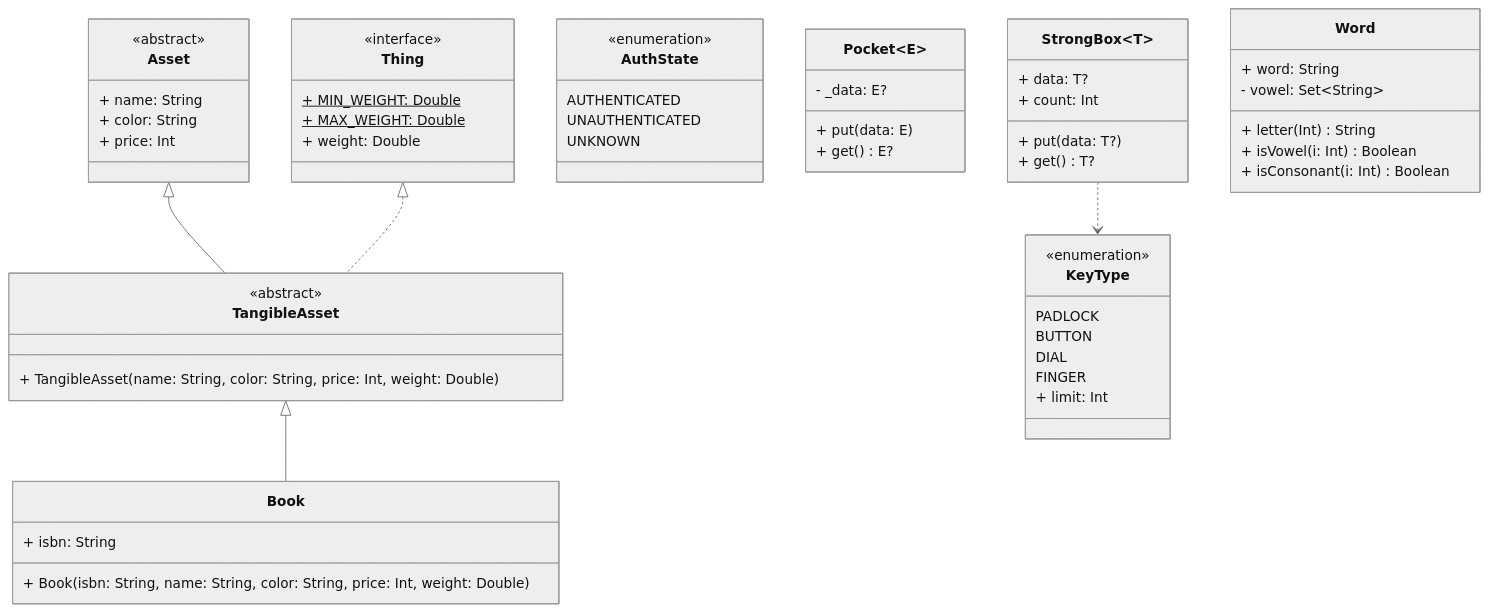
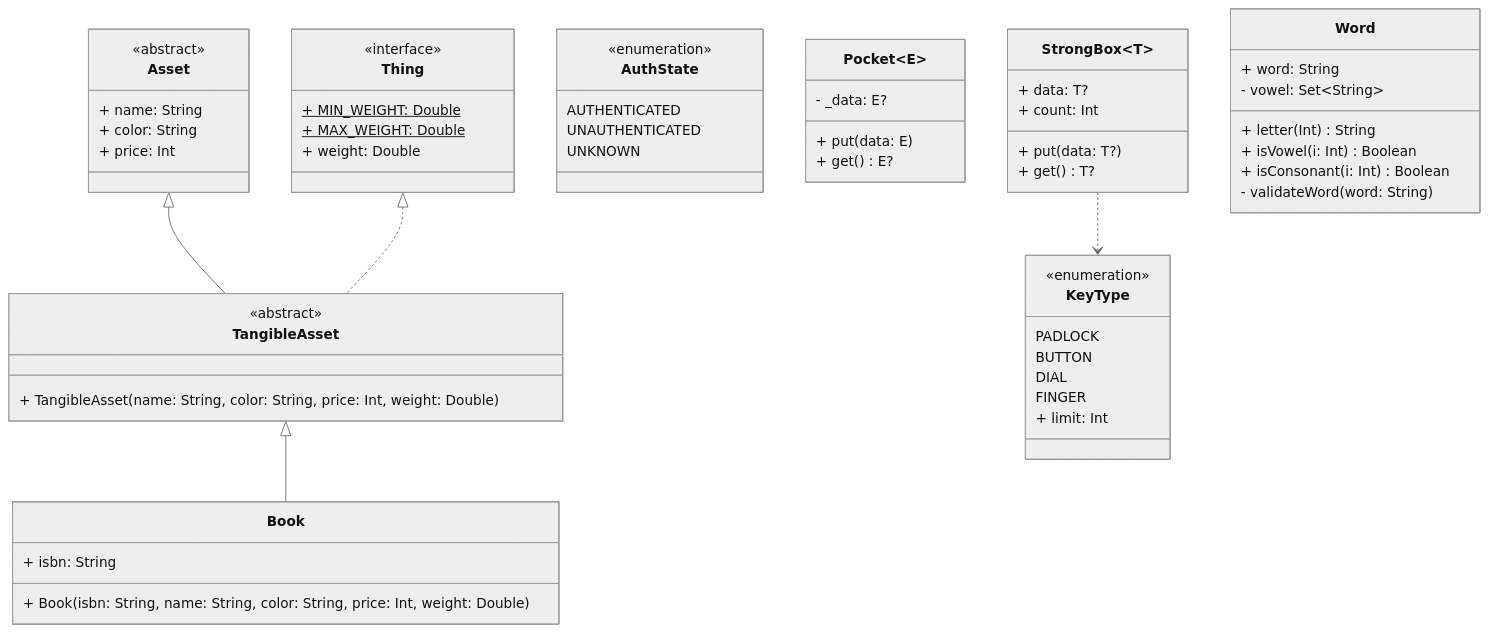
Before and after one commit to SurvivalCodingCampus/gangnam3-java-oop: the diagram in docs/2026-10-08.md, drawn with Mermaid (neutral theme). The commit also changed other lines of this file and 1 other file, not shown here.

Commit message:
docs: Day 06 클래스 다이어그램에 Word validateWord 메서드 및 빈 문자열 예외 테스트 코드 추가

````diff
--- a/docs/2026-10-08.md
+++ b/docs/2026-10-08.md
@@ -14,76 +14,77 @@
 ```mermaid
 classDiagram
     class Asset {
         <<abstract>>
         + name: String
         + color: String
         + price: Int
     }
 
     class TangibleAsset {
         <<abstract>>
         + TangibleAsset(name: String, color: String, price: Int, weight: Double)
     }
 
     class Thing {
         <<interface>>
         + MIN_WEIGHT: Double$
         + MAX_WEIGHT: Double$
 
         + weight: Double
     }
 
     class AuthState {
         <<enumeration>>
         AUTHENTICATED
         UNAUTHENTICATED
         UNKNOWN
     }
 
     class KeyType {
         <<enumeration>>
         PADLOCK
         BUTTON
         DIAL
         FINGER
 
         + limit: Int
     }
 
     class Book {
         + isbn: String
 
         + Book(isbn: String, name: String, color: String, price: Int, weight: Double)
     }
 
     class Pocket~E~ {
         - _data: E?
 
         + put(data: E)
         + get() E?
     }
 
     class StrongBox~T~ {
         + data: T?
         + count: Int
 
         + put(data: T?)
         + get() T?
     }
 
     class Word {
         + word: String
         + letter(Int) String
         - vowel: Set~String~
 
         + isVowel(i: Int) Boolean
         + isConsonant(i: Int) Boolean
+        - validateWord(word: String)
     }
 
     %% Relationships
     Asset <|-- TangibleAsset
     Thing <|.. TangibleAsset
     TangibleAsset <|-- Book
 
     StrongBox ..> KeyType
 ```
````
